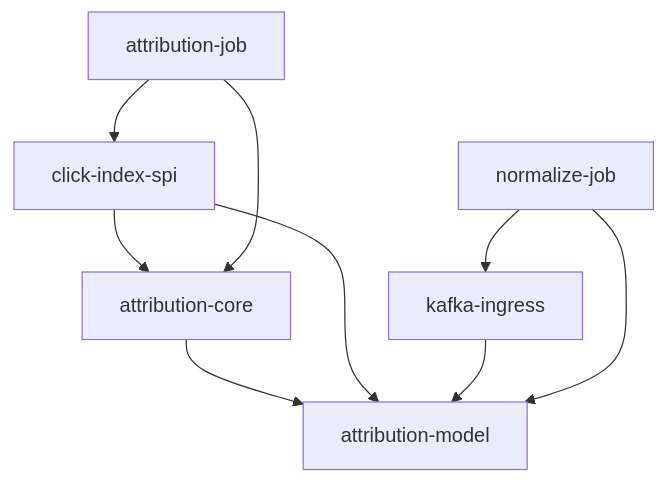
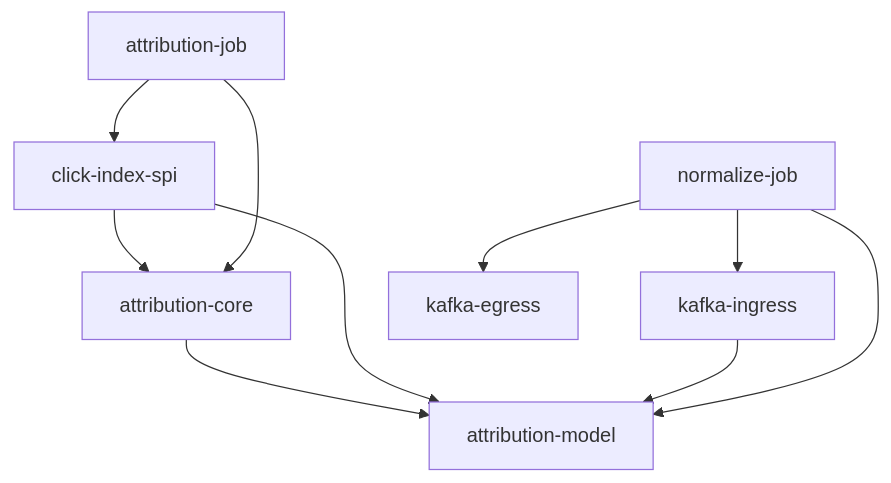
Before and after one commit to zilch404/game-attribution-engineering: the diagram in docs/adr/0001-module-boundaries.md, drawn with Mermaid. The commit also changed other lines of this file and 35 other files, not shown here.

````diff
--- a/docs/adr/0001-module-boundaries.md
+++ b/docs/adr/0001-module-boundaries.md
@@ -14,11 +14,13 @@
 ```mermaid
 flowchart TD
     CORE["attribution-core"] --> MODEL["attribution-model"]
     SPI["click-index-spi"] --> CORE
     SPI --> MODEL
     JOB["attribution-job"] --> CORE
     JOB --> SPI
     KAFKA["kafka-ingress"] --> MODEL
+    EGRESS["kafka-egress"]
     NORMALIZE["normalize-job"] --> MODEL
     NORMALIZE --> KAFKA
+    NORMALIZE --> EGRESS
 ```
````
